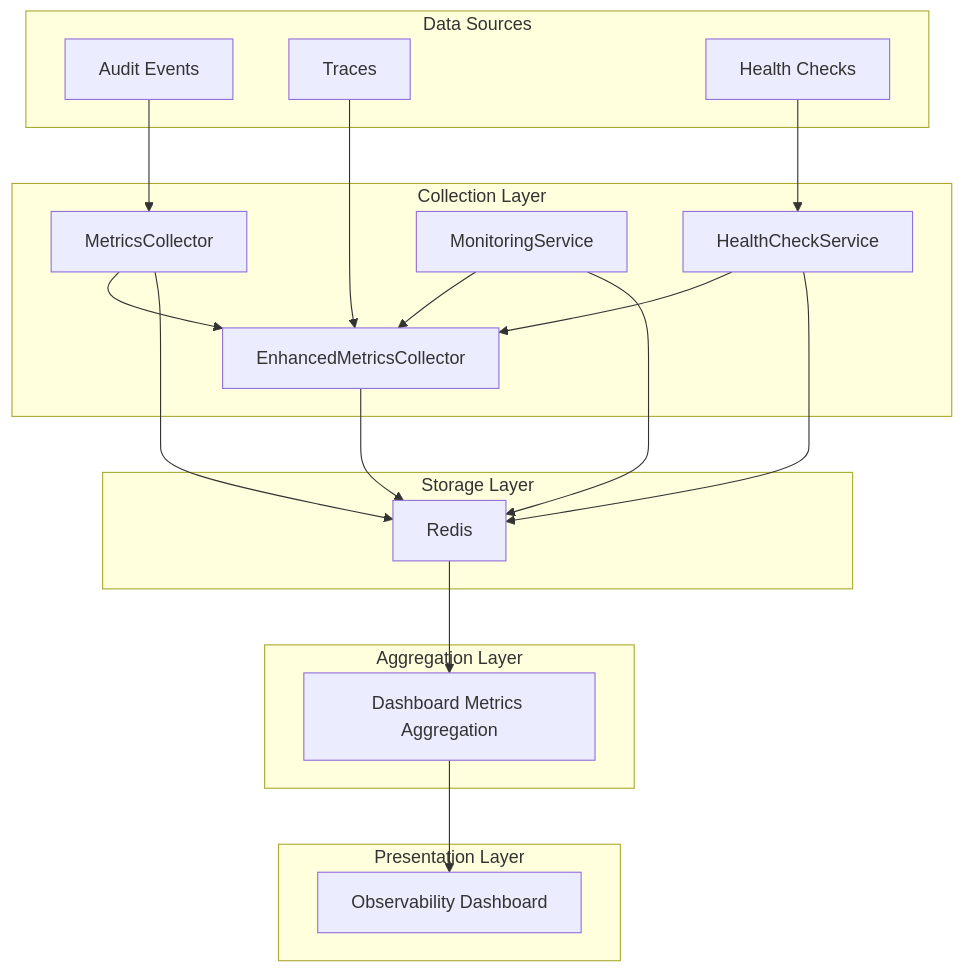
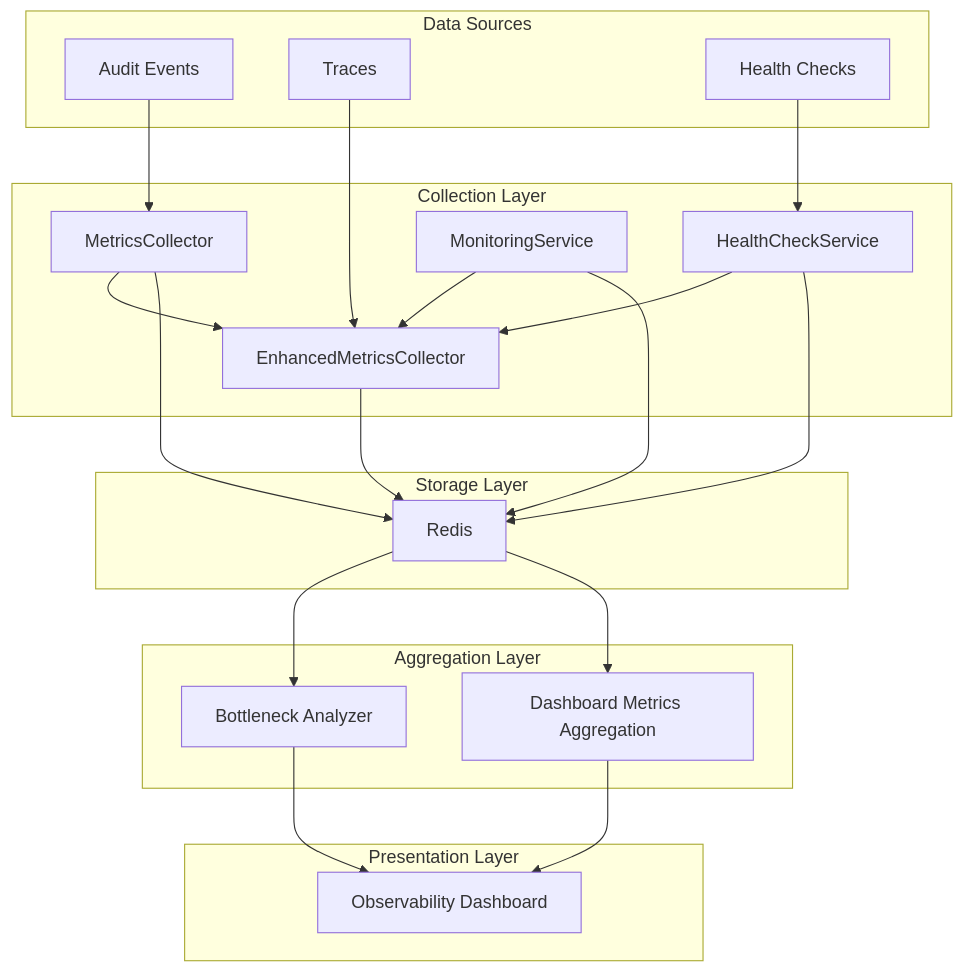
One commit to smedrec/smart-logs changed diagram 11 of 13 in .qoder/repowiki/en/content/Audit Core System/Observability/Observability Dashboard.md. Above: the diagram before and after it, drawn with Mermaid. The commit also changed other lines of this file and 27 other files, not shown here.

````diff
--- a/.qoder/repowiki/en/content/Audit Core System/Observability/Observability Dashboard.md
+++ b/.qoder/repowiki/en/content/Audit Core System/Observability/Observability Dashboard.md
@@ -568,35 +567,38 @@
 ```mermaid
 graph TD
 subgraph "Data Sources"
 A[Audit Events]
 B[Traces]
 C[Health Checks]
 end
 subgraph "Collection Layer"
 D[MetricsCollector]
 E[EnhancedMetricsCollector]
 F[HealthCheckService]
 G[MonitoringService]
 end
 subgraph "Storage Layer"
 H[Redis]
 end
 subgraph "Aggregation Layer"
 I[Dashboard Metrics Aggregation]
+J[Bottleneck Analyzer]
 end
 subgraph "Presentation Layer"
-J[Observability Dashboard]
+K[Observability Dashboard]
 end
 A --> D
 B --> E
 C --> F
 D --> H
 E --> H
 F --> H
 G --> H
 H --> I
-I --> J
+H --> J
+I --> K
+J --> K
 G --> E
 F --> E
 D --> E
 ```
````
